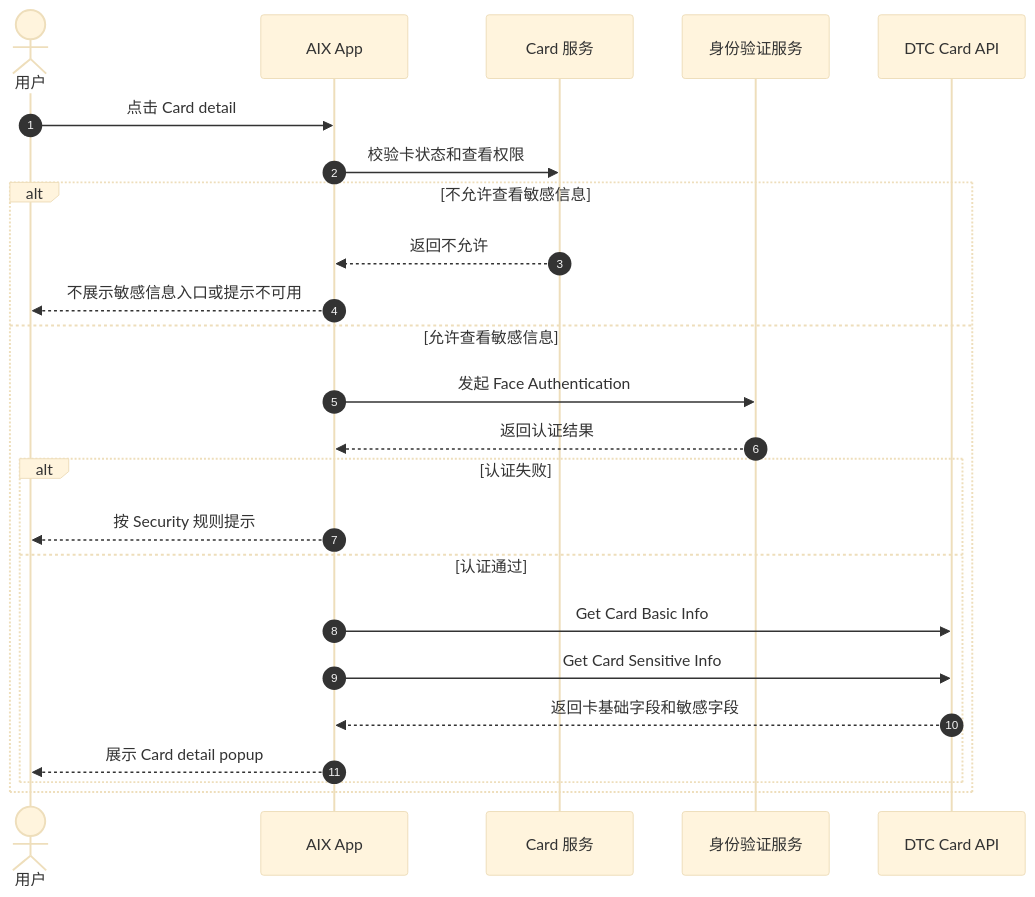
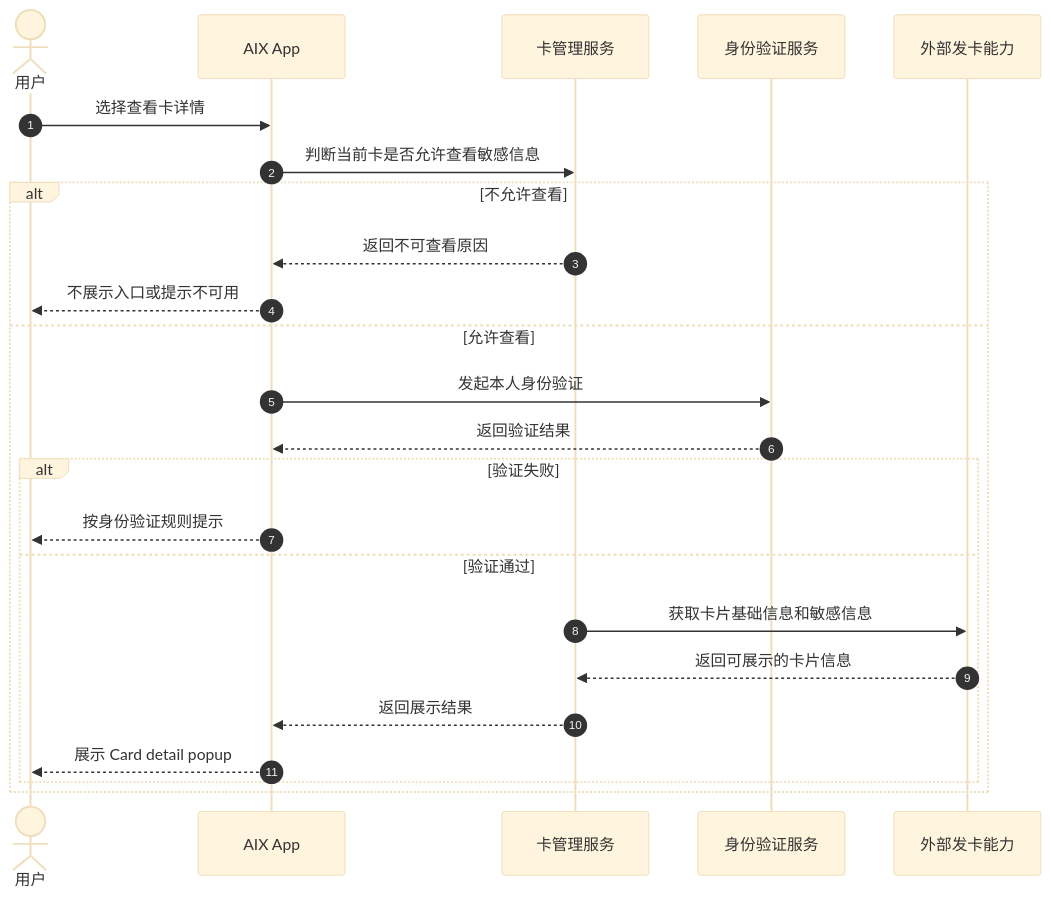
One commit to kelvin381539960-cyber/prd-for-ai changed the first of 2 diagrams in knowledge-base/card/manage/sensitive-info.md. Above: the diagram before and after it, drawn with Mermaid (base theme).

Commit message:
Make sensitive info sequence diagram business-oriented

````diff
--- a/knowledge-base/card/manage/sensitive-info.md
+++ b/knowledge-base/card/manage/sensitive-info.md
@@ -65,27 +65,27 @@
 ```mermaid
 sequenceDiagram
     autonumber
     actor 用户
     participant App as AIX App
-    participant Card as Card 服务
+    participant Card as 卡管理服务
     participant Security as 身份验证服务
-    participant DTC as DTC Card API
+    participant External as 外部发卡能力
 
-    用户->>App: 点击 Card detail
-    App->>Card: 校验卡状态和查看权限
-    alt 不允许查看敏感信息
-        Card-->>App: 返回不允许
-        App-->>用户: 不展示敏感信息入口或提示不可用
-    else 允许查看敏感信息
-        App->>Security: 发起 Face Authentication
-        Security-->>App: 返回认证结果
-        alt 认证失败
-            App-->>用户: 按 Security 规则提示
-        else 认证通过
-            App->>DTC: Get Card Basic Info
-            App->>DTC: Get Card Sensitive Info
-            DTC-->>App: 返回卡基础字段和敏感字段
+    用户->>App: 选择查看卡详情
+    App->>Card: 判断当前卡是否允许查看敏感信息
+    alt 不允许查看
+        Card-->>App: 返回不可查看原因
+        App-->>用户: 不展示入口或提示不可用
+    else 允许查看
+        App->>Security: 发起本人身份验证
+        Security-->>App: 返回验证结果
+        alt 验证失败
+            App-->>用户: 按身份验证规则提示
+        else 验证通过
+            Card->>External: 获取卡片基础信息和敏感信息
+            External-->>Card: 返回可展示的卡片信息
+            Card-->>App: 返回展示结果
             App-->>用户: 展示 Card detail popup
         end
     end
 ```
````
